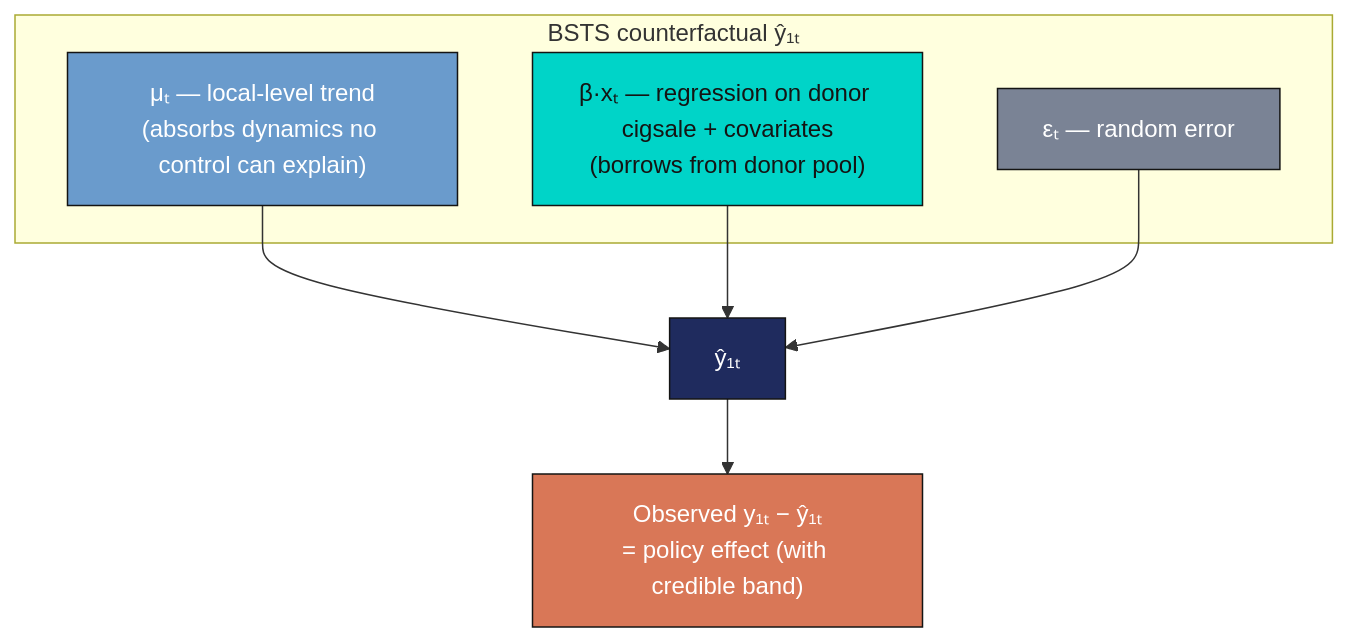
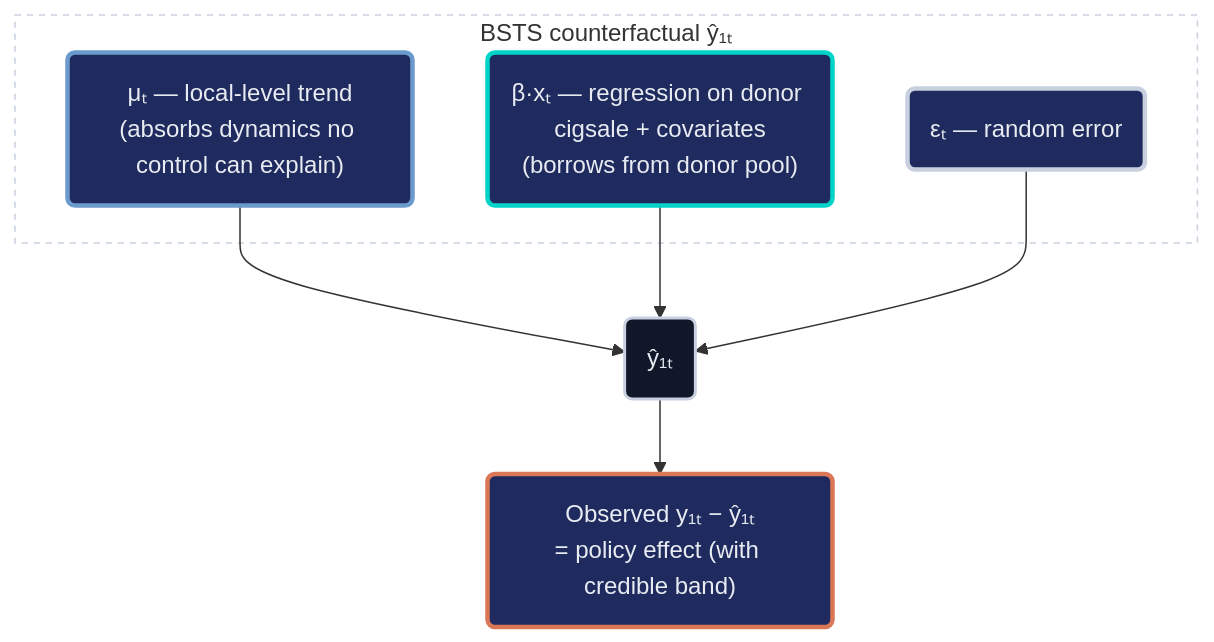
The fifth of 5 diagrams in content/post/r_causalpolicy_workshop/tutorial.qmd (cmg777/starter-academic-v501), drawn with Mermaid before and after one commit. The commit also changed other lines of this file and 42 other files, not shown here.

First line of the commit message:
content(mermaid): restyle Mermaid copies in tutorial sources and the LaLonde slide deck

````diff
--- a/content/post/r_causalpolicy_workshop/tutorial.qmd
+++ b/content/post/r_causalpolicy_workshop/tutorial.qmd
@@ -1053,18 +1060,23 @@
 ```{mermaid}
 flowchart TB
-    subgraph "BSTS counterfactual ŷ₁ₜ"
-        TREND["μₜ — local-level trend<br/>(absorbs dynamics no control can explain)"]
-        REG["β·xₜ — regression on donor cigsale + covariates<br/>(borrows from donor pool)"]
-        ERR["εₜ — random error"]
+    subgraph SG1["BSTS counterfactual ŷ₁ₜ"]
+        TREND("μₜ — local-level trend<br/>(absorbs dynamics no control can explain)")
+        REG("β·xₜ — regression on donor cigsale + covariates<br/>(borrows from donor pool)")
+        ERR("εₜ — random error")
     end
-    TREND --> Y["ŷ₁ₜ"]
+    TREND --> Y("ŷ₁ₜ")
     REG --> Y
     ERR --> Y
-    Y --> CMP["Observed y₁ₜ − ŷ₁ₜ<br/>= policy effect (with credible band)"]
-
-    style TREND fill:#6a9bcc,stroke:#141413,color:#fff
-    style REG fill:#00d4c8,stroke:#141413,color:#141413
-    style ERR fill:#7a8395,stroke:#141413,color:#fff
-    style Y fill:#1f2b5e,stroke:#141413,color:#fff
-    style CMP fill:#d97757,stroke:#141413,color:#fff
+    Y --> CMP("Observed y₁ₜ − ŷ₁ₜ<br/>= policy effect (with credible band)")
+    style SG1 fill:none,stroke:#c8d0e0,stroke-width:1px,stroke-dasharray:4 4
+    classDef blue fill:#1f2b5e,stroke:#6a9bcc,stroke-width:3px,color:#e8ecf2
+    classDef teal fill:#1f2b5e,stroke:#00d4c8,stroke-width:3px,color:#e8ecf2
+    classDef gray fill:#1f2b5e,stroke:#c8d0e0,stroke-width:3px,color:#e8ecf2
+    classDef anchor fill:#0f1729,stroke:#c8d0e0,stroke-width:2px,color:#e8ecf2
+    classDef orange fill:#1f2b5e,stroke:#d97757,stroke-width:3px,color:#e8ecf2
+    class TREND blue
+    class REG teal
+    class ERR gray
+    class Y anchor
+    class CMP orange
 ```
````
